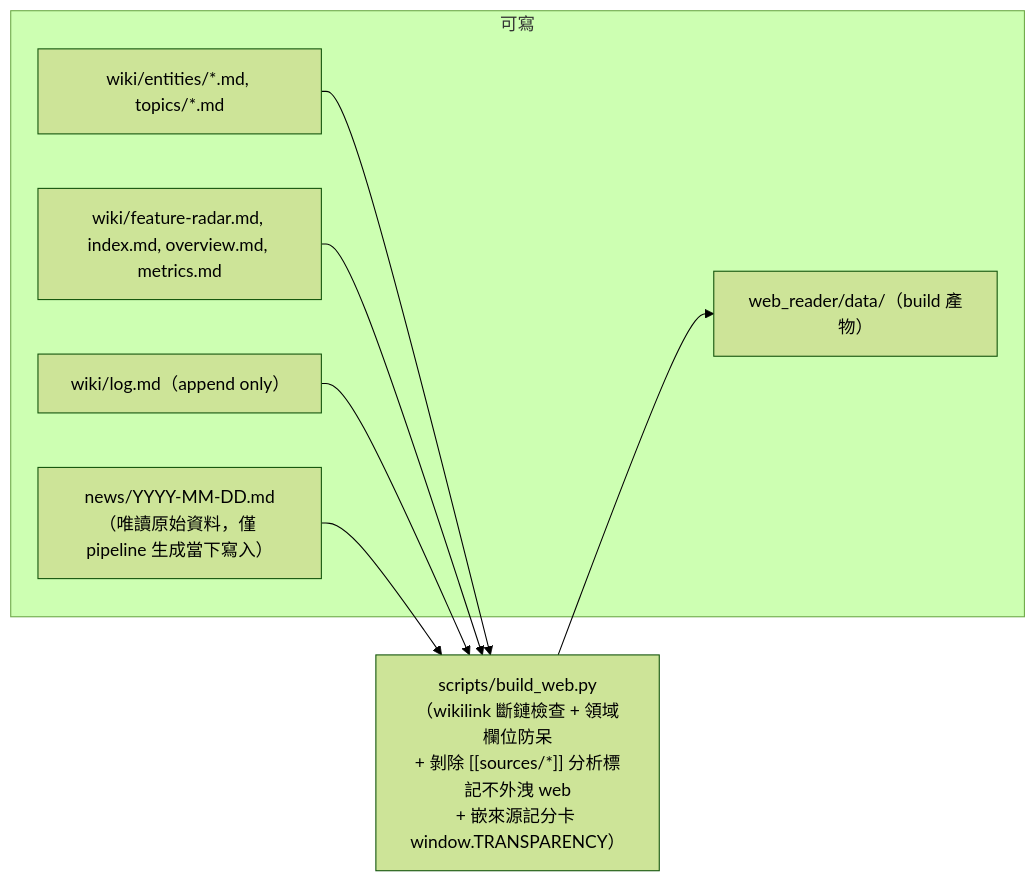
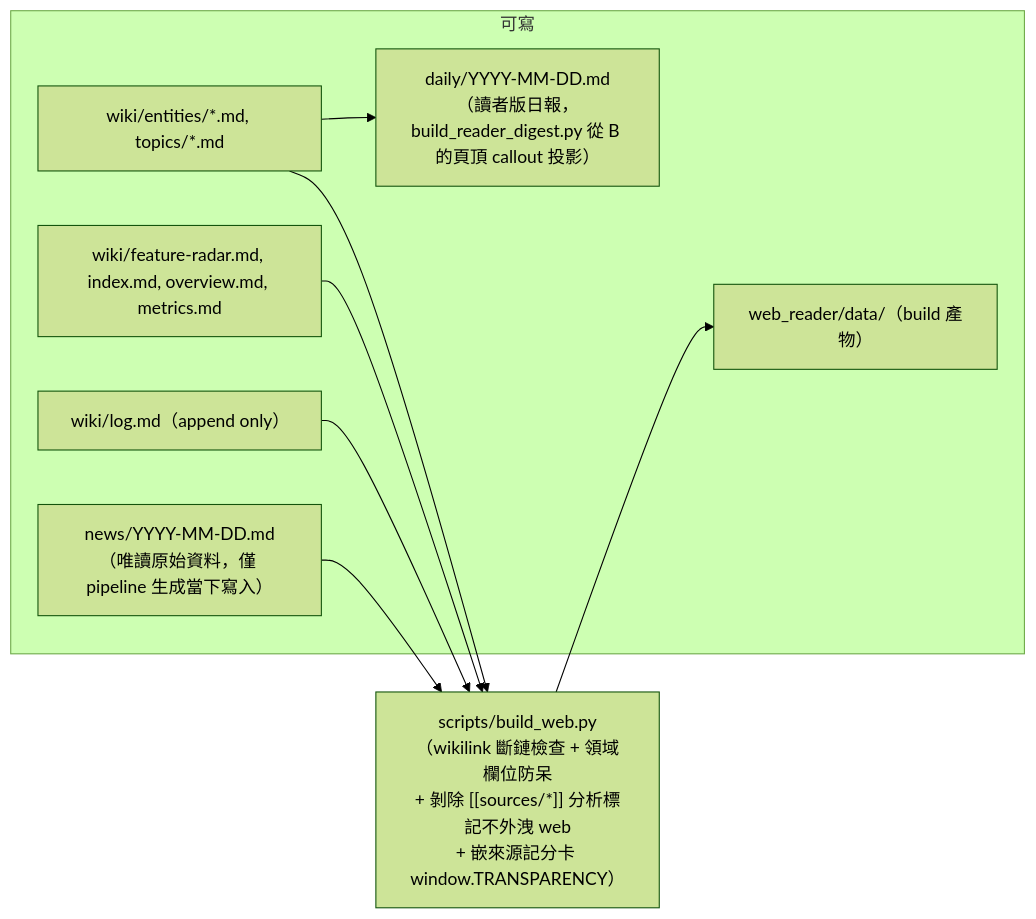
Before and after one commit to mandy82477/claude-news: the ninth of 9 diagrams in src/DesignDocument/Design Diagram.md, drawn with Mermaid (forest theme). The commit also changed other lines of this file and 2 other files, not shown here.

````diff
--- a/src/DesignDocument/Design Diagram.md
+++ b/src/DesignDocument/Design Diagram.md
@@ -302,13 +334,15 @@
 ```mermaid
 flowchart LR
     subgraph WRITE["可寫"]
         A["news/YYYY-MM-DD.md\n（唯讀原始資料，僅 pipeline 生成當下寫入）"]
         B["wiki/entities/*.md, topics/*.md"]
         C["wiki/feature-radar.md, index.md, overview.md, metrics.md"]
         D["wiki/log.md（append only）"]
         E["web_reader/data/（build 產物）"]
+        F["daily/YYYY-MM-DD.md\n（讀者版日報，build_reader_digest.py 從 B 的頁頂 callout 投影）"]
     end
+    B --> F
     B & C & D --> BUILD["scripts/build_web.py\n（wikilink 斷鏈檢查 + 領域欄位防呆\n+ 剝除 [[sources/*]] 分析標記不外洩 web\n+ 嵌來源記分卡 window.TRANSPARENCY）"]
     A --> BUILD
     BUILD --> E
 ```
````
